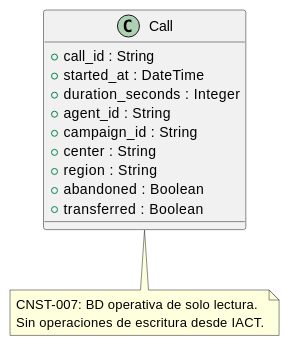
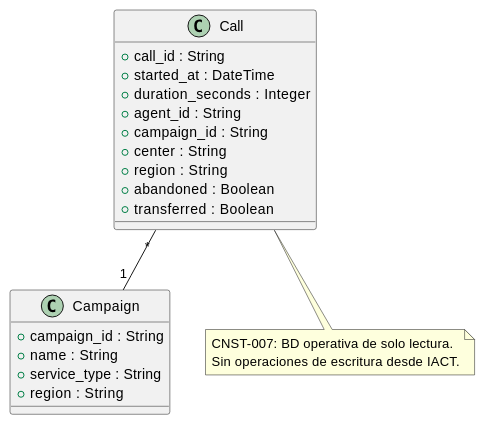
The diagram in source/arquitectura-tecnica/domain-model/call.rst (jcg-admin/IACT-docs), drawn with PlantUML before and after one commit. The commit also changed other lines of this file and 51 other files, not shown here.

```diff
--- a/source/arquitectura-tecnica/domain-model/call.rst
+++ b/source/arquitectura-tecnica/domain-model/call.rst
@@ -25,23 +25,32 @@
 .. uml::
  :caption: Clase Call — registro operativo de llamada (solo lectura).
 
  @startuml
 
  class Call {
    + call_id : String
    + started_at : DateTime
    + duration_seconds : Integer
    + agent_id : String
    + campaign_id : String
    + center : String
    + region : String
    + abandoned : Boolean
    + transferred : Boolean
  }
 
+ class Campaign {
+   + campaign_id : String
+   + name : String
+   + service_type : String
+   + region : String
+ }
+
+ Call "*" -- "1" Campaign
+
  note bottom of Call
    CNST-007: BD operativa de solo lectura.
    Sin operaciones de escritura desde IACT.
  end note
 
  @enduml
```
